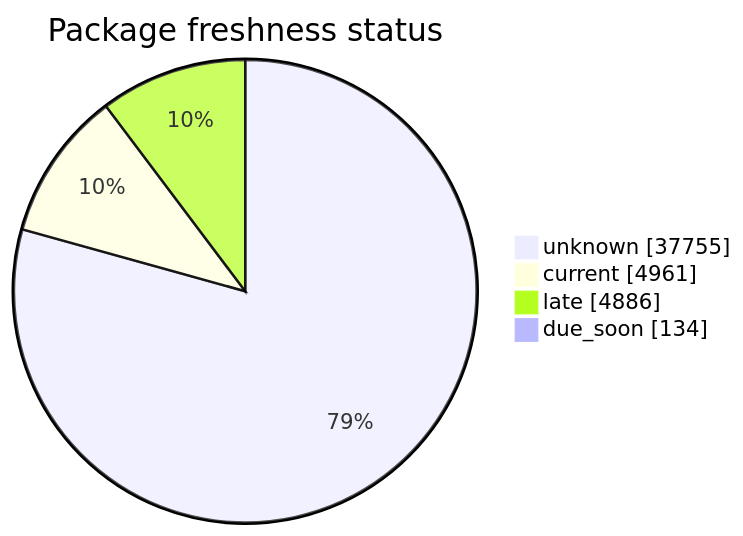
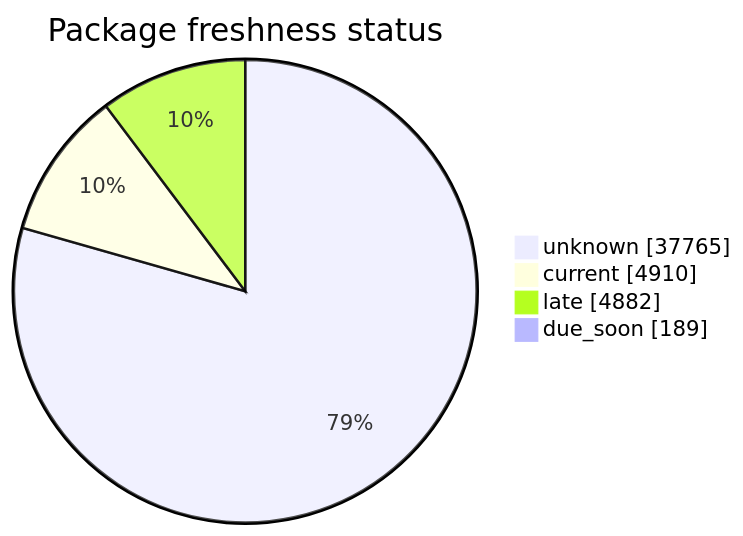
One commit to open-data/analytics-corporate-reporting changed the second of 5 diagrams in FreshCheck/README.md. Above: the diagram before and after it, drawn with Mermaid. The commit also changed other lines of this file and 3 other files, not shown here.

````diff
--- a/FreshCheck/README.md
+++ b/FreshCheck/README.md
@@ -68,7 +68,7 @@
 ```mermaid
 pie showData title Package freshness status
-    "unknown": 37755
-    "current": 4961
-    "late": 4886
-    "due_soon": 134
+    "unknown": 37765
+    "current": 4910
+    "late": 4882
+    "due_soon": 189
 ```
````
